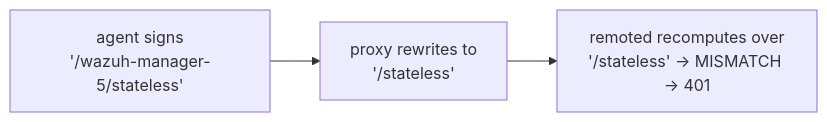
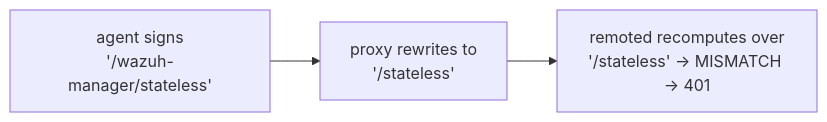
One commit to wazuh/wazuh changed the fifth of 9 diagrams in docs/ref/modules/remoted/load-balancers/README.md. Above: the diagram before and after it, drawn with Mermaid. The commit also changed other lines of this file and 25 other files, not shown here.

````diff
--- a/docs/ref/modules/remoted/load-balancers/README.md
+++ b/docs/ref/modules/remoted/load-balancers/README.md
@@ -134,4 +134,4 @@
 ```mermaid
 flowchart LR
-    A["agent signs<br/>'/wazuh-manager-5/stateless'"] --> N["proxy rewrites to<br/>'/stateless'"] --> R["remoted recomputes over<br/>'/stateless' → MISMATCH → 401"]
+    A["agent signs<br/>'/wazuh-manager/stateless'"] --> N["proxy rewrites to<br/>'/stateless'"] --> R["remoted recomputes over<br/>'/stateless' → MISMATCH → 401"]
 ```
````
